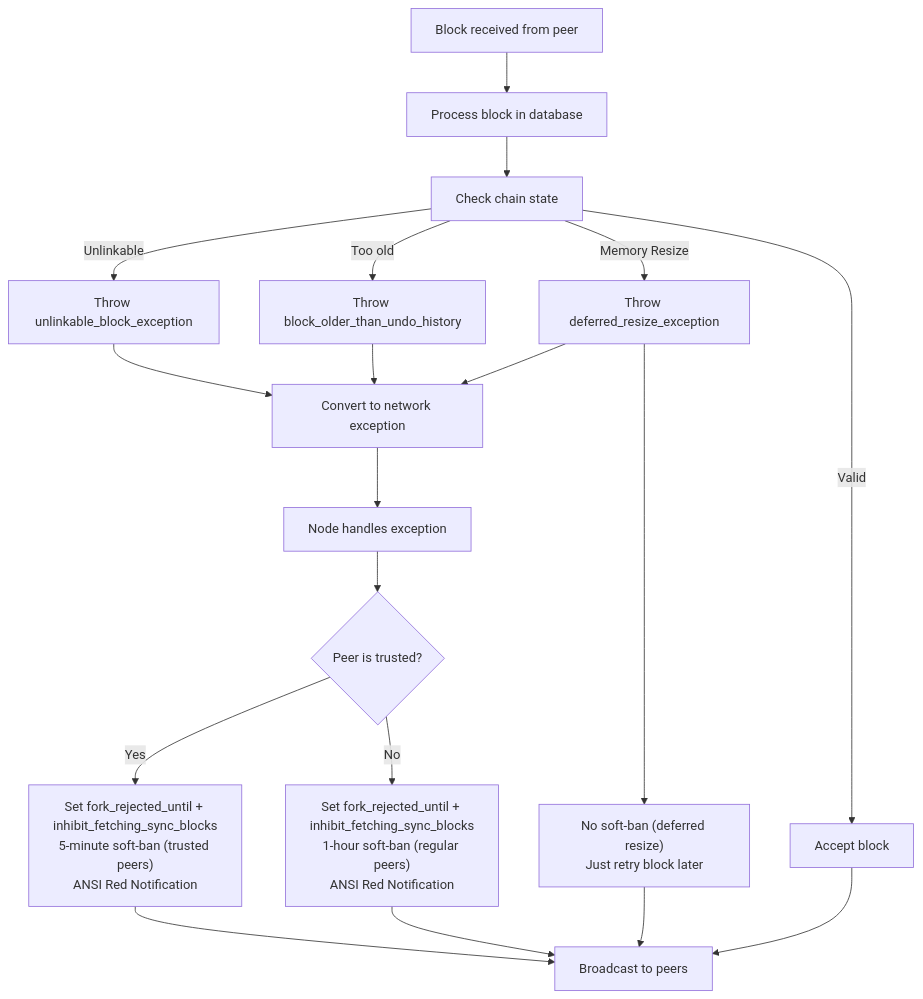
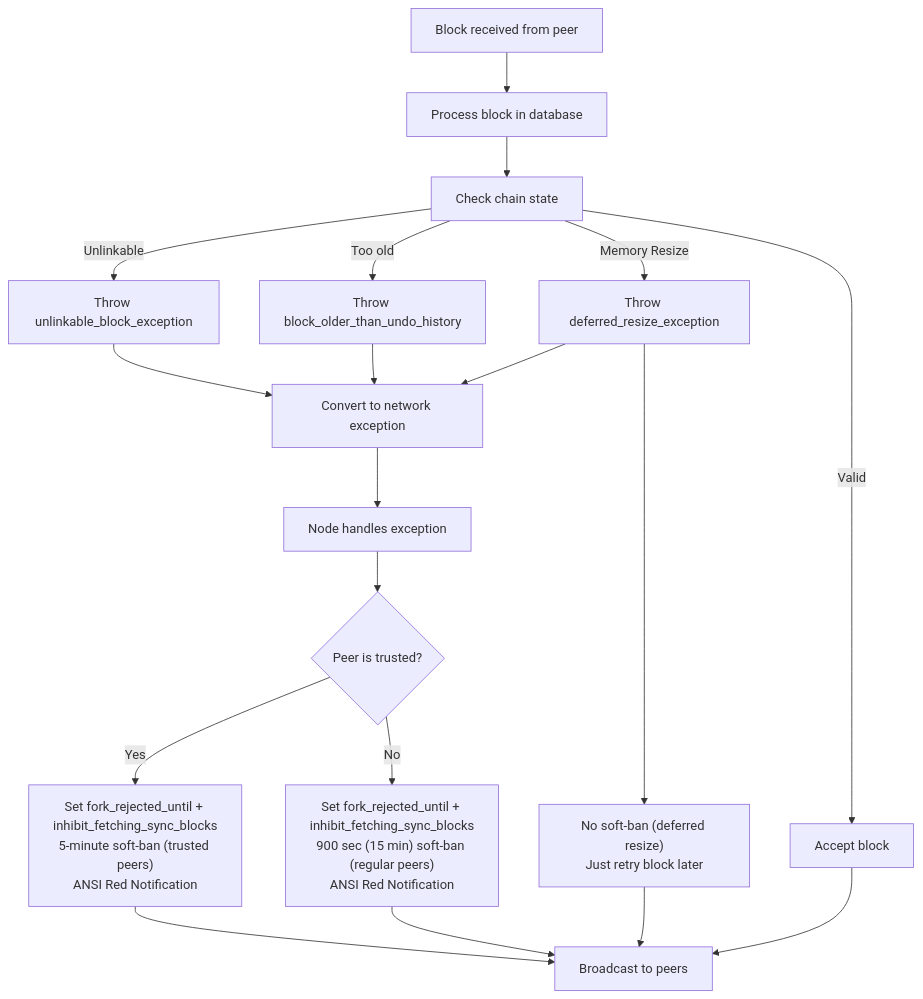
The ninth of 13 diagrams in .qoder/repowiki/en/content/Architecture Overview/Core Libraries/Network Library/Peer Connection Management.md (VIZ-Blockchain/viz-cpp-node), drawn with Mermaid before and after one commit. The commit also changed other lines of this file and 9 other files, not shown here.

````diff
--- a/.qoder/repowiki/en/content/Architecture Overview/Core Libraries/Network Library/Peer Connection Management.md
+++ b/.qoder/repowiki/en/content/Architecture Overview/Core Libraries/Network Library/Peer Connection Management.md
@@ -508,21 +514,21 @@
 ```mermaid
 flowchart TD
 BlockIn["Block received from peer"] --> ProcessBlock["Process block in database"]
 ProcessBlock --> CheckChain["Check chain state"]
 CheckChain --> |Valid| AcceptBlock["Accept block"]
 CheckChain --> |Unlinkable| ThrowException["Throw unlinkable_block_exception"]
 CheckChain --> |Too old| ThrowOld["Throw block_older_than_undo_history"]
 CheckChain --> |Memory Resize| ThrowResize["Throw deferred_resize_exception"]
 ThrowException --> ConvertNet["Convert to network exception"]
 ThrowOld --> ConvertNet
 ThrowResize --> ConvertNet
 ConvertNet --> NodeHandle["Node handles exception"]
 NodeHandle --> PeerTrust{"Peer is trusted?"}
 PeerTrust --> |Yes| SetShortBan["Set fork_rejected_until + inhibit_fetching_sync_blocks<br/>5-minute soft-ban (trusted peers)<br/>ANSI Red Notification"]
-PeerTrust --> |No| SetLongBan["Set fork_rejected_until + inhibit_fetching_sync_blocks<br/>1-hour soft-ban (regular peers)<br/>ANSI Red Notification"]
+PeerTrust --> |No| SetReducedBan["Set fork_rejected_until + inhibit_fetching_sync_blocks<br/>900 sec (15 min) soft-ban (regular peers)<br/>ANSI Red Notification"]
 SetShortBan --> Broadcast["Broadcast to peers"]
-SetLongBan --> Broadcast
+SetReducedBan --> Broadcast
 ThrowResize --> NoBan["No soft-ban (deferred resize)<br/>Just retry block later"]
 NoBan --> Broadcast
 AcceptBlock --> Broadcast
 ```
````
